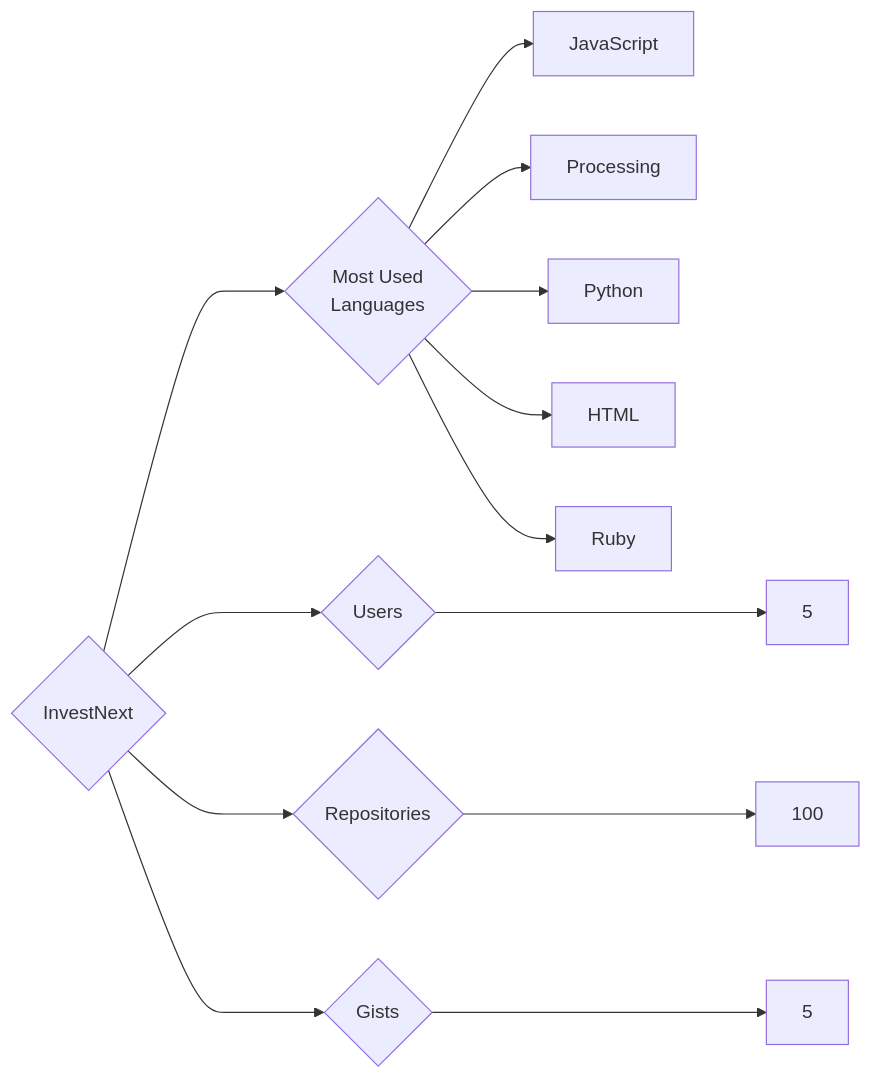
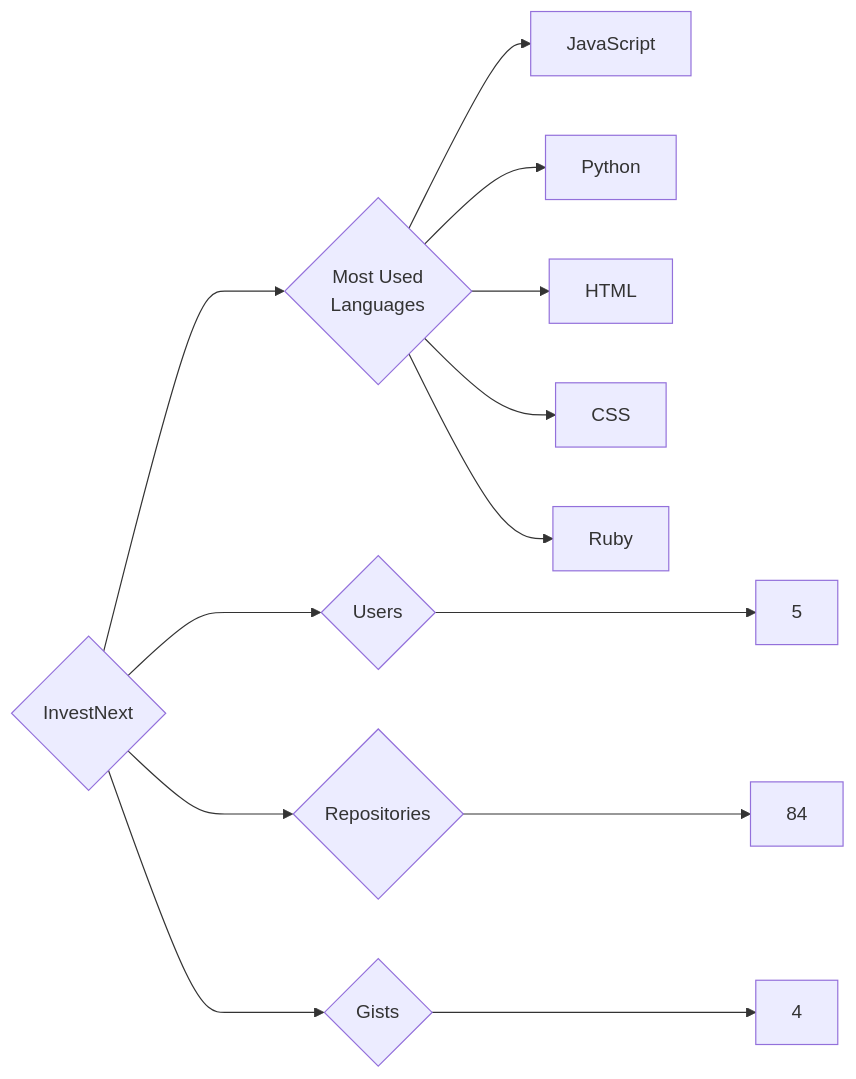
Before and after one commit to trickest/insiders: the diagram in targets/InvestNext/README.md, drawn with Mermaid. The commit also changed 993 other files, not shown here.

````diff
--- a/targets/InvestNext/README.md
+++ b/targets/InvestNext/README.md
@@ -3,13 +3,13 @@
 ```mermaid
 graph LR
 COMPANY_NAME{InvestNext}
 COMPANY_NAME ---> U{Users} ---> UN[5]
-COMPANY_NAME ---> R{Repositories} ---> RN[100]
-COMPANY_NAME ---> G{Gists} ---> GN[5]
+COMPANY_NAME ---> R{Repositories} ---> RN[84]
+COMPANY_NAME ---> G{Gists} ---> GN[4]
 COMPANY_NAME ---> ML{Most Used<br>Languages}
 ML --> JavaScript[JavaScript]
-ML --> Processing[Processing]
 ML --> Python[Python]
 ML --> HTML[HTML]
+ML --> CSS[CSS]
 ML --> Ruby[Ruby]
 ```
````
